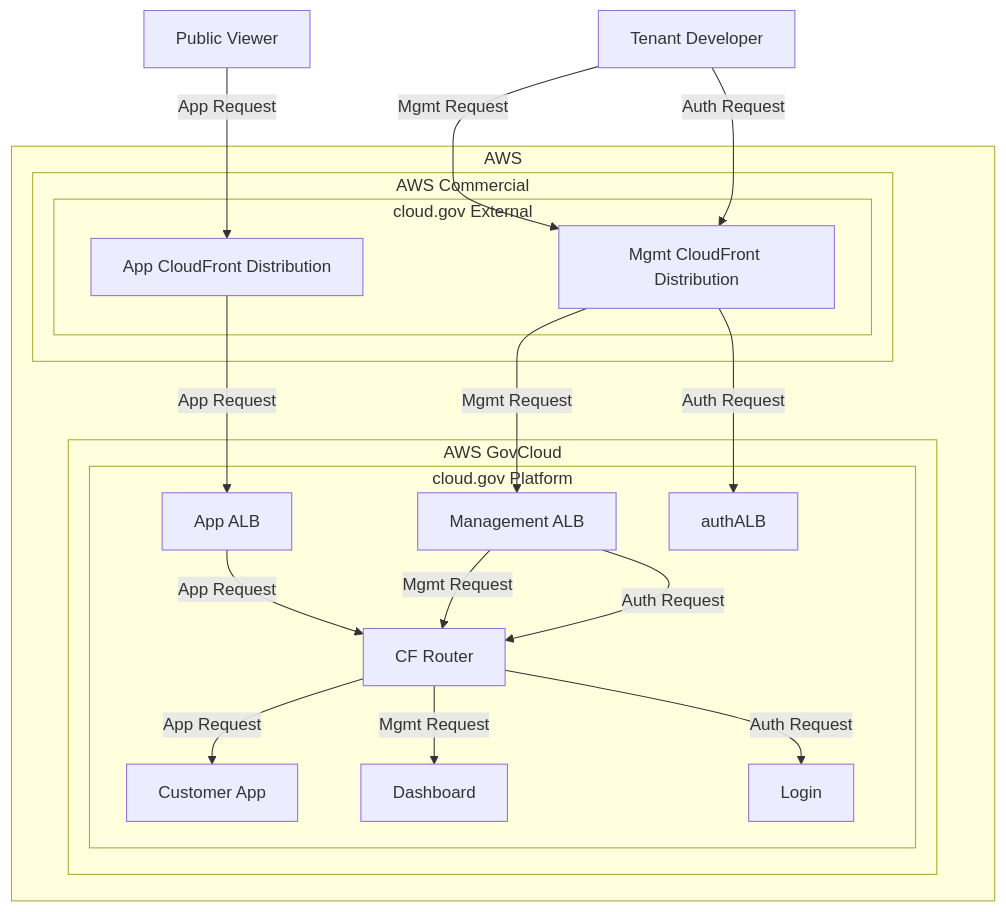
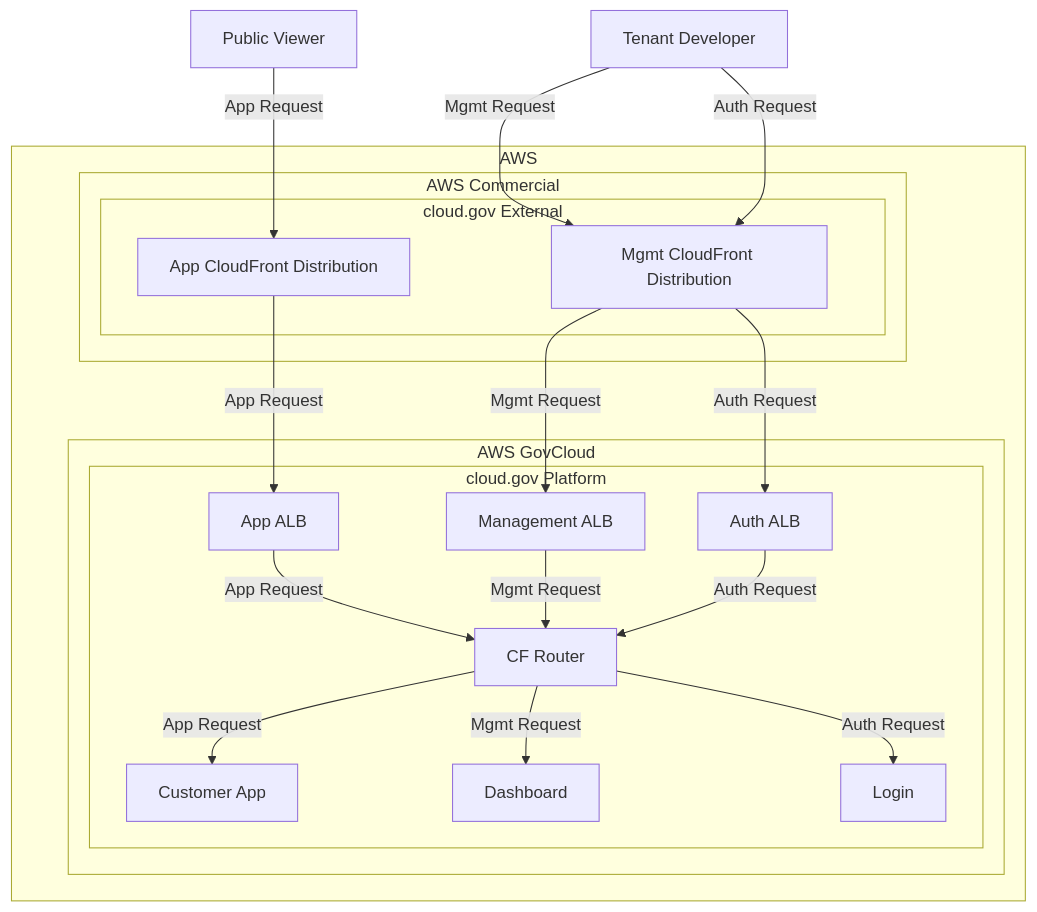
The second of 6 diagrams in adr/ADR-0009-shield-advanced.md (cloud-gov/product), drawn with Mermaid before and after one commit.

````diff
--- a/adr/ADR-0009-shield-advanced.md
+++ b/adr/ADR-0009-shield-advanced.md
@@ -58,31 +58,31 @@
 ```mermaid
 graph TD
     public[Public Viewer] -->|App Request| appCF
     tenant[Tenant Developer] -->|Mgmt Request| mgmtCF
     tenant[Tenant Developer] -->|Auth Request| mgmtCF
 
     subgraph aws["AWS"]
         subgraph commercial["AWS Commercial"]
             subgraph external["cloud.gov External"]
                 appCF[App CloudFront Distribution]
                 mgmtCF[Mgmt CloudFront Distribution]
                 mgmtCF[Mgmt CloudFront Distribution]
             end
         end
         subgraph govcloud["AWS GovCloud"]
             subgraph platform["cloud.gov Platform"]
                 appCF -->|App Request| appALB
                 mgmtCF -->|Mgmt Request| mgmtALB
                 mgmtCF -->|Auth Request| authALB
 
                 appALB[App ALB] -->|App Request| router[CF Router]
                 mgmtALB[Management ALB] -->|Mgmt Request| router
-                mgmtALB[Management ALB] -->|Auth Request| router
+                authALB[Auth ALB] -->|Auth Request| router
 
                 router -->|App Request| app[Customer App]
                 router -->|Mgmt Request| dashboard[Dashboard]
                 router -->|Auth Request| login[Login]
             end
         end
     end
 ```
````
